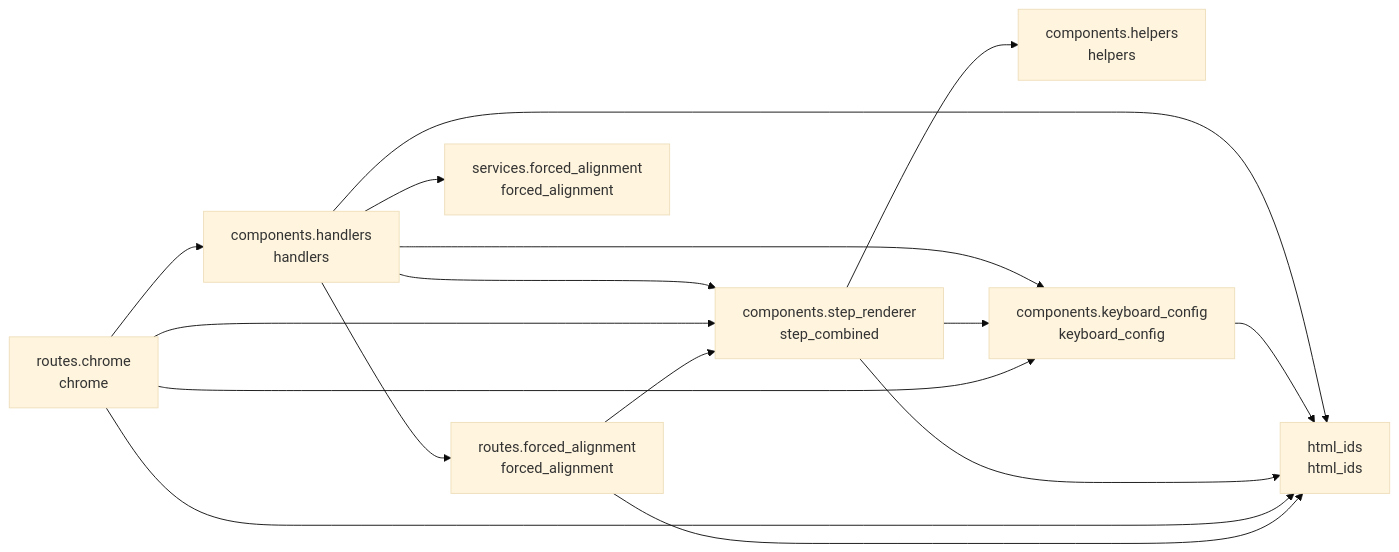
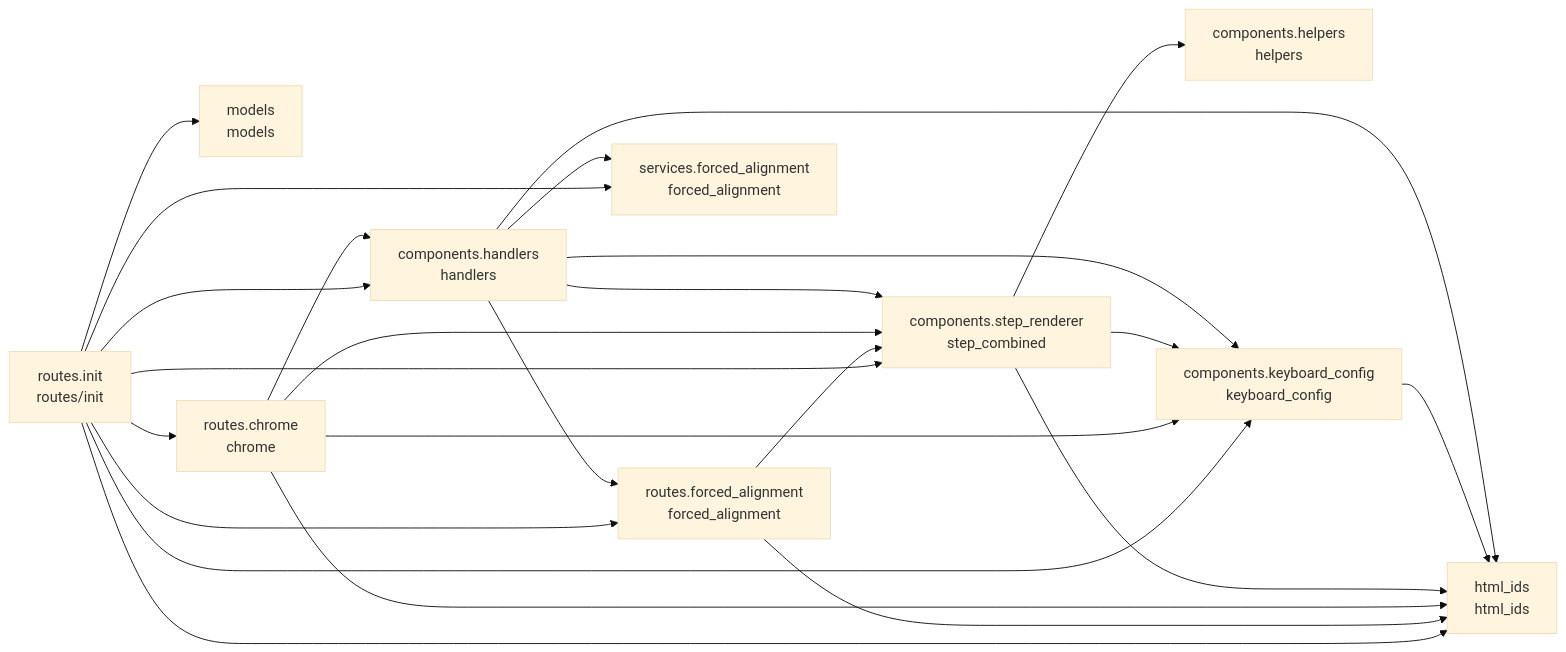
One commit to cj-mills/cjm-transcript-segment-align changed the diagram in README.md. Above: the diagram before and after it, drawn with Mermaid (base theme). The commit also changed other lines of this file and 12 other files, not shown here.

Commit message:
Add consolidated init_segment_align_routers() entry point, replace demo app manual wiring with render_combined_step, fix keyboard pause/resume via OOB-wrapped scripts with stable kb_script ID.

````diff
--- a/README.md
+++ b/README.md
@@ -31,27 +33,37 @@
 ``` mermaid
 graph LR
     components_handlers[components.handlers<br/>handlers]
     components_helpers[components.helpers<br/>helpers]
     components_keyboard_config[components.keyboard_config<br/>keyboard_config]
     components_step_renderer[components.step_renderer<br/>step_combined]
     html_ids[html_ids<br/>html_ids]
+    models[models<br/>models]
     routes_chrome[routes.chrome<br/>chrome]
     routes_forced_alignment[routes.forced_alignment<br/>forced_alignment]
+    routes_init[routes.init<br/>routes/init]
     services_forced_alignment[services.forced_alignment<br/>forced_alignment]
 
     components_handlers --> services_forced_alignment
     components_handlers --> components_step_renderer
+    components_handlers --> routes_forced_alignment
     components_handlers --> html_ids
     components_handlers --> components_keyboard_config
-    components_handlers --> routes_forced_alignment
     components_keyboard_config --> html_ids
     components_step_renderer --> components_helpers
     components_step_renderer --> html_ids
     components_step_renderer --> components_keyboard_config
+    routes_chrome --> components_handlers
     routes_chrome --> html_ids
+    routes_chrome --> components_step_renderer
     routes_chrome --> components_keyboard_config
-    routes_chrome --> components_handlers
-    routes_chrome --> components_step_renderer
     routes_forced_alignment --> html_ids
     routes_forced_alignment --> components_step_renderer
+    routes_init --> routes_forced_alignment
+    routes_init --> components_handlers
+    routes_init --> components_keyboard_config
+    routes_init --> services_forced_alignment
+    routes_init --> html_ids
+    routes_init --> components_step_renderer
+    routes_init --> models
+    routes_init --> routes_chrome
 ```
````
